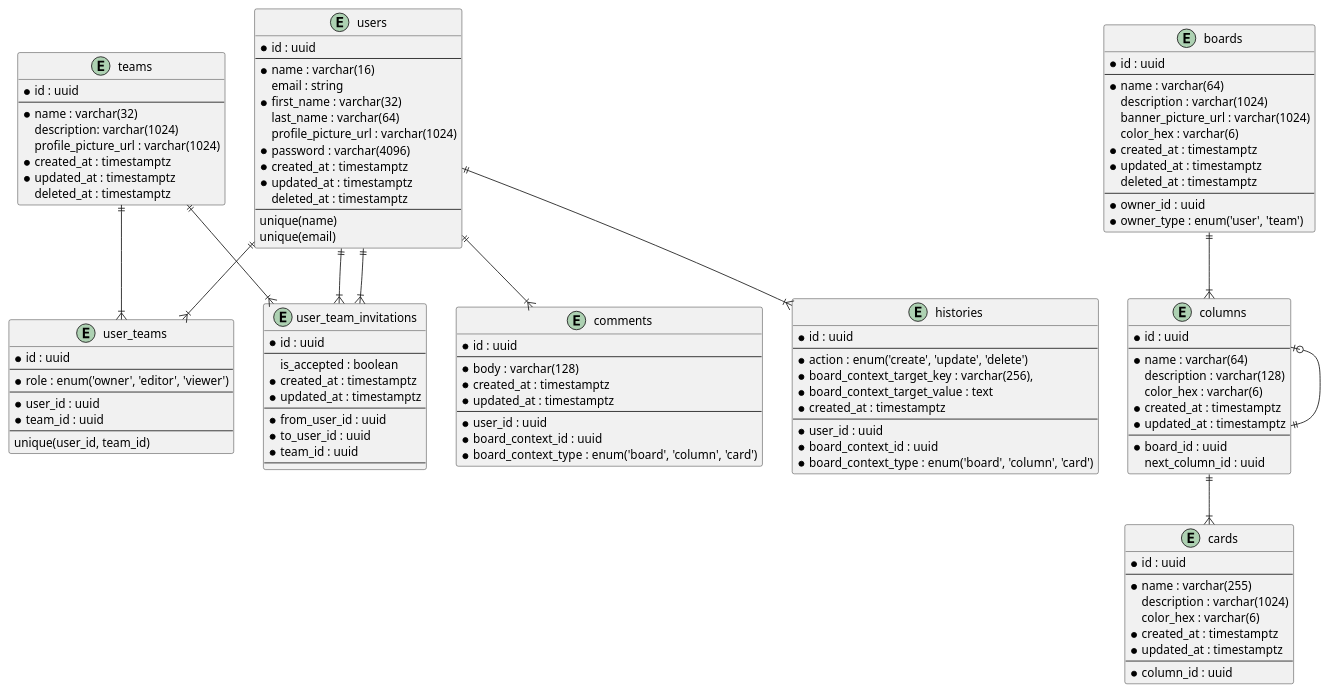
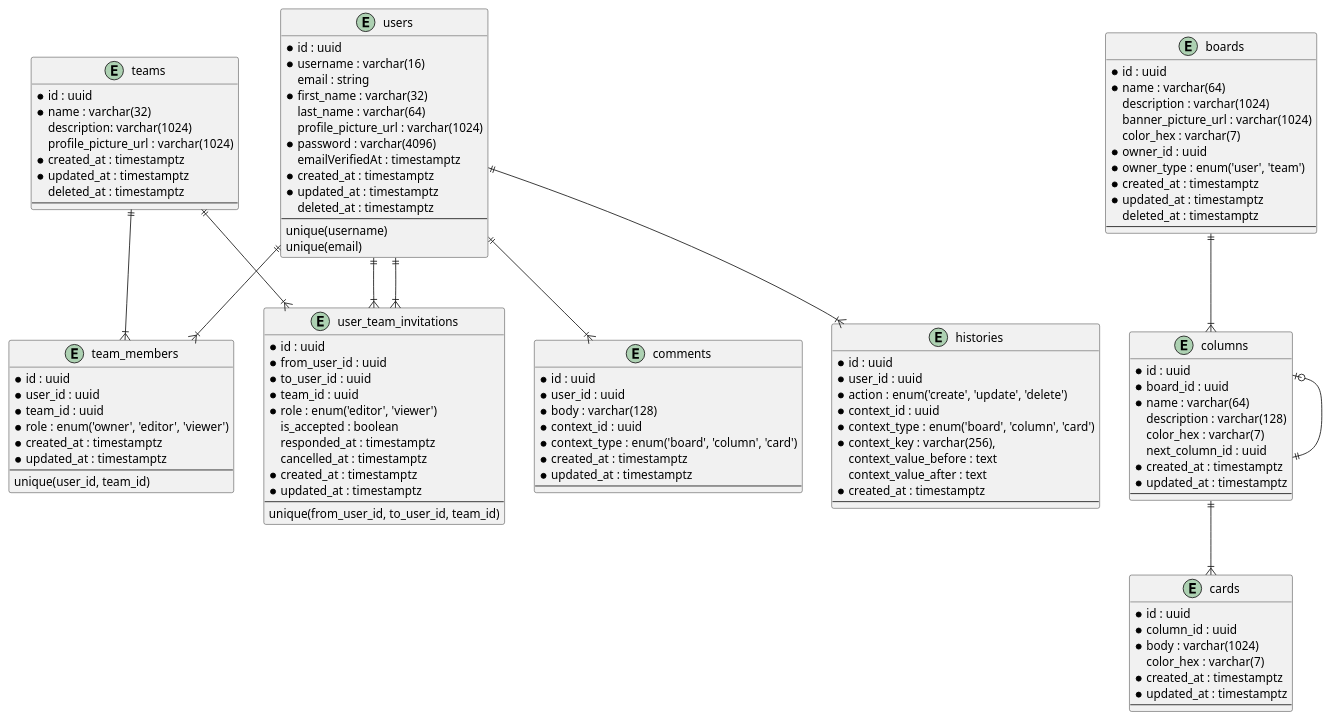
The diagram in docs/database/schema.puml (stackpan/tasque-server), drawn with PlantUML before and after one commit.

Commit message:
Database schema 1.1

```diff
--- a/docs/database/schema.puml
+++ b/docs/database/schema.puml
@@ -1,131 +1,128 @@
 @startuml Tasque database schema
 
 entity users {
     * id : uuid
-    --
-    * name : varchar(16)
+    * username : varchar(16)
     email : string
     * first_name : varchar(32)
     last_name : varchar(64)
     profile_picture_url : varchar(1024)
     * password : varchar(4096)
+    emailVerifiedAt : timestamptz
     * created_at : timestamptz
     * updated_at : timestamptz
     deleted_at : timestamptz
     --
-    unique(name)
+    unique(username)
     unique(email)
 }
 
 entity teams {
     * id : uuid
-    --
     * name : varchar(32)
     description: varchar(1024)
     profile_picture_url : varchar(1024)
     * created_at : timestamptz
     * updated_at : timestamptz
     deleted_at : timestamptz
+    --
 }
 
-entity user_teams {
+entity team_members {
     * id : uuid
-    --
-    * role : enum('owner', 'editor', 'viewer')
-    --
     * user_id : uuid
     * team_id : uuid
+    * role : enum('owner', 'editor', 'viewer')
+    * created_at : timestamptz
+    * updated_at : timestamptz
     --
     unique(user_id, team_id)
 }
 
 entity user_team_invitations {
     * id : uuid
-    --
+    * from_user_id : uuid
+    * to_user_id : uuid
+    * team_id : uuid
+    * role : enum('editor', 'viewer')
     is_accepted : boolean
+    responded_at : timestamptz
+    cancelled_at : timestamptz
     * created_at : timestamptz
     * updated_at : timestamptz
     --
-    * from_user_id : uuid
-    * to_user_id : uuid
-    * team_id : uuid
-    --
+    unique(from_user_id, to_user_id, team_id)
 }
 
 entity boards {
     * id : uuid
-    --
     * name : varchar(64)
     description : varchar(1024)
     banner_picture_url : varchar(1024)
-    color_hex : varchar(6)
+    color_hex : varchar(7)
+    * owner_id : uuid
+    * owner_type : enum('user', 'team')
     * created_at : timestamptz
     * updated_at : timestamptz
     deleted_at : timestamptz
     --
-    * owner_id : uuid
-    * owner_type : enum('user', 'team')
 }
 
 entity columns {
     * id : uuid
-    --
+    * board_id : uuid
     * name : varchar(64)
     description : varchar(128)
-    color_hex : varchar(6)
+    color_hex : varchar(7)
+    next_column_id : uuid
     * created_at : timestamptz
     * updated_at : timestamptz
     --
-    * board_id : uuid
-    next_column_id : uuid
 }
 
 entity cards {
     * id : uuid
-    --
-    * name : varchar(255)
-    description : varchar(1024)
-    color_hex : varchar(6)
+    * column_id : uuid
+    * body : varchar(1024)
+    color_hex : varchar(7)
     * created_at : timestamptz
     * updated_at : timestamptz
     --
-    * column_id : uuid
 }
 
 entity comments {
     * id : uuid
-    --
+    * user_id : uuid
     * body : varchar(128)
+    * context_id : uuid
+    * context_type : enum('board', 'column', 'card')
     * created_at : timestamptz
     * updated_at : timestamptz
     --
-    * user_id : uuid
-    * board_context_id : uuid
-    * board_context_type : enum('board', 'column', 'card')
 }
 
 entity histories {
     * id : uuid
-    --
+    * user_id : uuid
     * action : enum('create', 'update', 'delete')
-    * board_context_target_key : varchar(256),
-    * board_context_target_value : text
+    * context_id : uuid
+    * context_type : enum('board', 'column', 'card')
+    * context_key : varchar(256),
+    context_value_before : text
+    context_value_after : text
     * created_at : timestamptz
     --
-    * user_id : uuid
-    * board_context_id : uuid
-    * board_context_type : enum('board', 'column', 'card')
 }
 
-users ||--|{ user_teams
-teams ||--|{ user_teams
+users ||--|{ team_members
+teams ||--|{ team_members
 users ||--|{ user_team_invitations
 users ||--|{ user_team_invitations
 teams ||--|{ user_team_invitations
 boards ||--|{ columns
 columns |o--|| columns
 columns ||--|{ cards
 users ||--|{ comments
 users ||--|{ histories
 
 @enduml
```
